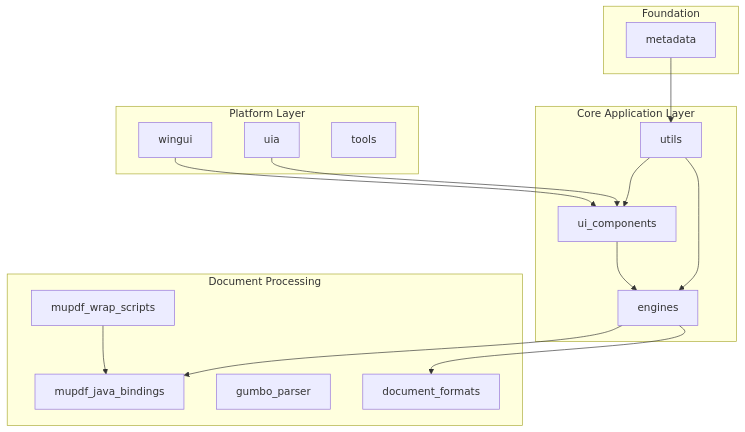
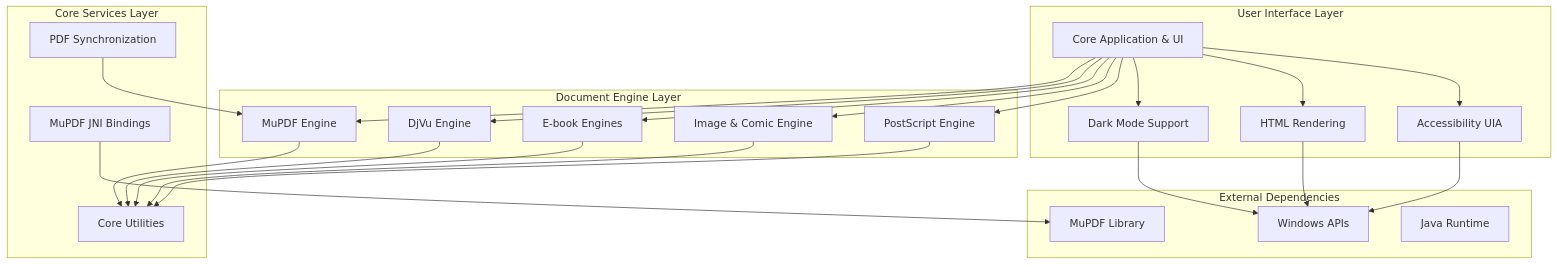
One commit to FSoft-AI4Code/codewiki-demo changed the diagram in docs/sumatrapdfreader--sumatrapdf-docs/overview.md. Above: the diagram before and after it, drawn with Mermaid. The commit also changed other lines of this file and 1103 other files, not shown here.

````diff
--- a/docs/sumatrapdfreader--sumatrapdf-docs/overview.md
+++ b/docs/sumatrapdfreader--sumatrapdf-docs/overview.md
@@ -11,35 +9,52 @@
 ```mermaid
 graph TB
-    subgraph "Core Application Layer"
-        UI[ui_components]
-        ENG[engines]
-        UTILS[utils]
+    subgraph "User Interface Layer"
+        UI[Core Application & UI]
+        DM[Dark Mode Support]
+        HTML[HTML Rendering]
+        UIA[Accessibility UIA]
     end
     
-    subgraph "Document Processing"
-        MUPDF[mupdf_java_bindings]
-        MUPDF_WRAP[mupdf_wrap_scripts]
-        GUMBO[gumbo_parser]
-        FORMATS[document_formats]
+    subgraph "Document Engine Layer"
+        MUPDF[MuPDF Engine]
+        DJVU[DjVu Engine]
+        EBOOK[E-book Engines]
+        IMAGE[Image & Comic Engine]
+        PS[PostScript Engine]
     end
     
-    subgraph "Platform Layer"
-        WINGUI[wingui]
-        UIA[uia]
-        TOOLS[tools]
+    subgraph "Core Services Layer"
+        UTILS[Core Utilities]
+        SYNC[PDF Synchronization]
+        JNI[MuPDF JNI Bindings]
     end
     
-    subgraph "Foundation"
-        META[metadata]
+    subgraph "External Dependencies"
+        MUPDF_LIB[MuPDF Library]
+        WINDOWS[Windows APIs]
+        JAVA[Java Runtime]
     end
     
-    UI --> ENG
-    ENG --> MUPDF
-    ENG --> FORMATS
-    UTILS --> UI
-    UTILS --> ENG
-    MUPDF_WRAP --> MUPDF
-    WINGUI --> UI
-    UIA --> UI
-    META --> UTILS
+    UI --> MUPDF
+    UI --> DJVU
+    UI --> EBOOK
+    UI --> IMAGE
+    UI --> PS
+    
+    MUPDF --> UTILS
+    DJVU --> UTILS
+    EBOOK --> UTILS
+    IMAGE --> UTILS
+    PS --> UTILS
+    
+    SYNC --> MUPDF
+    JNI --> MUPDF_LIB
+    
+    DM --> WINDOWS
+    HTML --> WINDOWS
+    UIA --> WINDOWS
+    
+    UI --> DM
+    UI --> HTML
+    UI --> UIA
 ```
````
